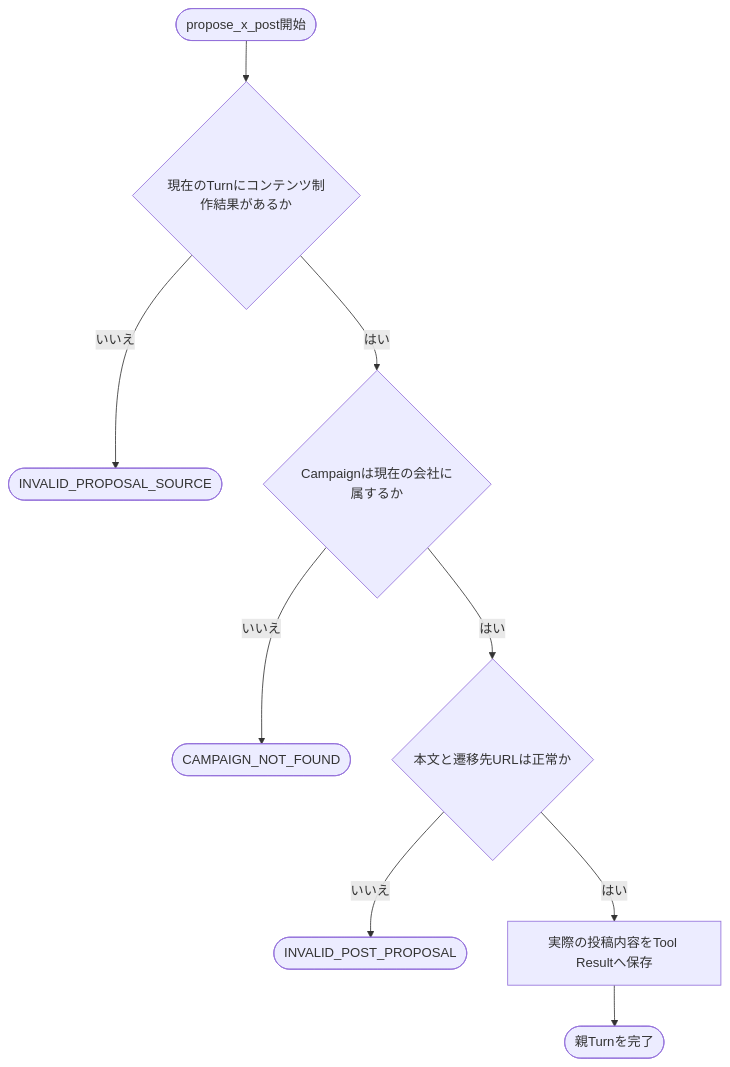
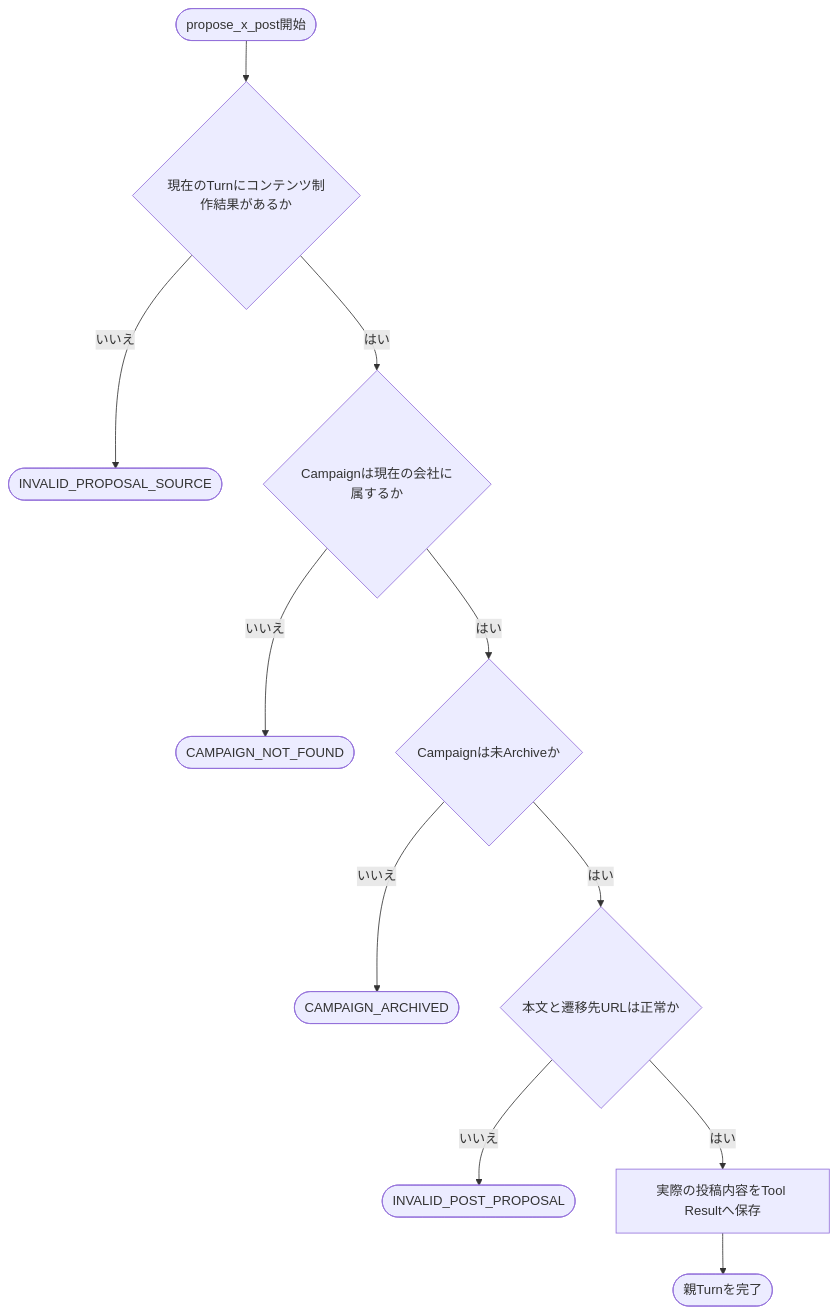
Before and after one commit to nishimura-yuma77/hiromeru: diagram 13 of 20 in docs/v.0.1/AGENT_DESIGN.md, drawn with Mermaid. The commit also changed other lines of this file and 8 other files, not shown here.

````diff
--- a/docs/v.0.1/AGENT_DESIGN.md
+++ b/docs/v.0.1/AGENT_DESIGN.md
@@ -469,11 +471,13 @@
 ```mermaid
 flowchart TD
     START([propose_x_post開始]) --> SOURCE{現在のTurnにコンテンツ制作結果があるか}
     SOURCE -- いいえ --> END_SOURCE([INVALID_PROPOSAL_SOURCE])
     SOURCE -- はい --> AUTHORIZE{Campaignは現在の会社に属するか}
     AUTHORIZE -- いいえ --> END_NOT_FOUND([CAMPAIGN_NOT_FOUND])
-    AUTHORIZE -- はい --> VALIDATE{本文と遷移先URLは正常か}
+    AUTHORIZE -- はい --> ACTIVE{Campaignは未Archiveか}
+    ACTIVE -- いいえ --> END_ARCHIVED([CAMPAIGN_ARCHIVED])
+    ACTIVE -- はい --> VALIDATE{本文と遷移先URLは正常か}
     VALIDATE -- いいえ --> END_INVALID([INVALID_POST_PROPOSAL])
     VALIDATE -- はい --> RESULT[実際の投稿内容をTool Resultへ保存]
     RESULT --> COMPLETE([親Turnを完了])
 ```
````
